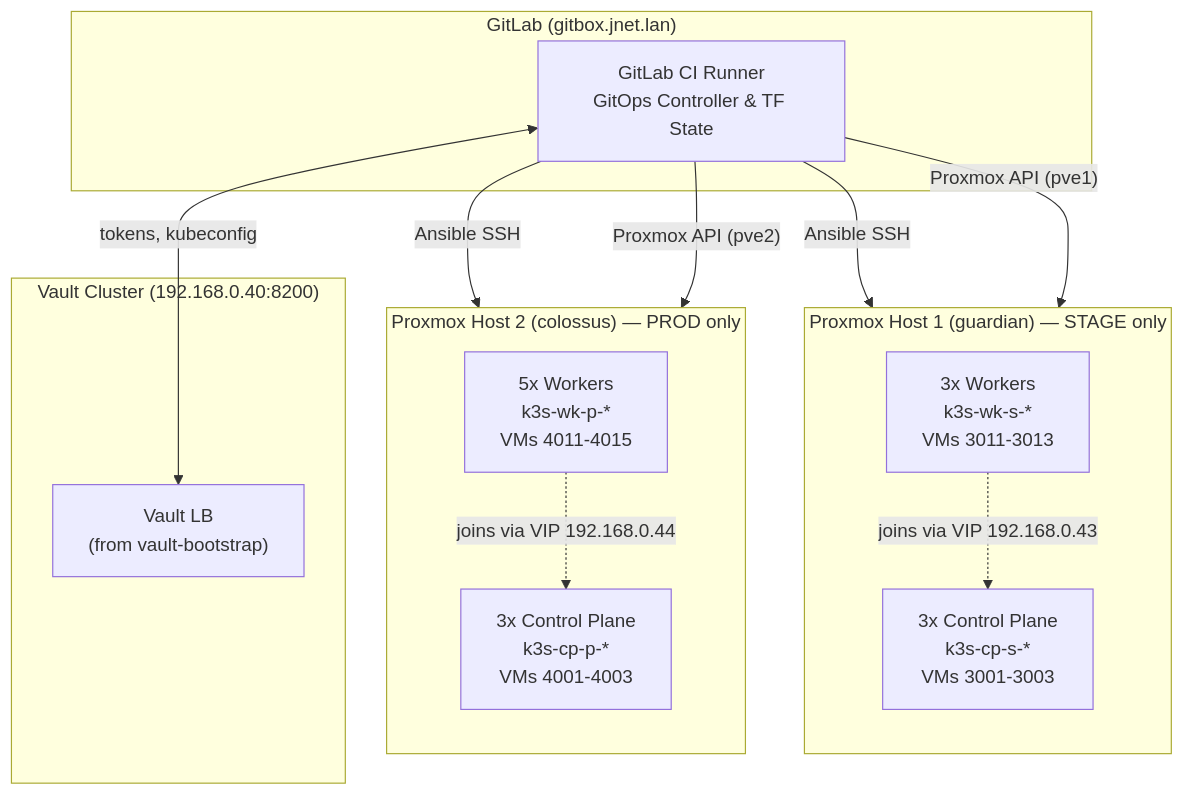
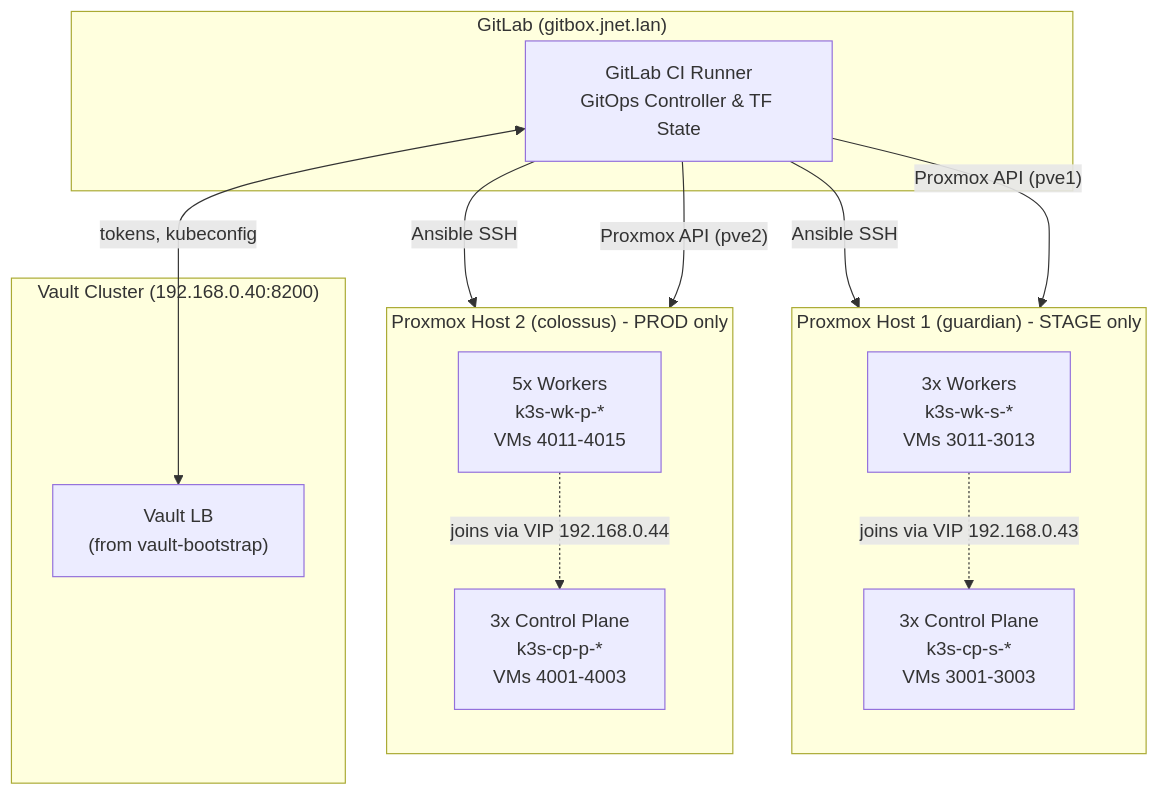
Before and after one commit to antonj-code/infra-k3s-bootstrap: the diagram in README.md, drawn with Mermaid. The commit also changed other lines of this file and 3 other files, not shown here.

````diff
--- a/README.md
+++ b/README.md
@@ -9,31 +9,31 @@
 ```mermaid
 flowchart TB
-    subgraph Host1["Proxmox Host 1 (guardian) — STAGE only"]
+    subgraph Host1["Proxmox Host 1 (guardian) - STAGE only"]
         direction TB
         CP1["3x Control Plane<br/>k3s-cp-s-*<br/>VMs 3001-3003"]
         WK1["3x Workers<br/>k3s-wk-s-*<br/>VMs 3011-3013"]
     end
 
-    subgraph Host2["Proxmox Host 2 (colossus) — PROD only"]
+    subgraph Host2["Proxmox Host 2 (colossus) - PROD only"]
         direction TB
         CP2["3x Control Plane<br/>k3s-cp-p-*<br/>VMs 4001-4003"]
         WK2["5x Workers<br/>k3s-wk-p-*<br/>VMs 4011-4015"]
     end
 
     subgraph Secrets["Vault Cluster (192.168.0.40:8200)"]
         VLB["Vault LB<br/>(from vault-bootstrap)"]
     end
 
     subgraph CI["GitLab (gitbox.jnet.lan)"]
         GL["GitLab CI Runner<br/>GitOps Controller & TF State"]
     end
 
     WK1 -.->|joins via VIP 192.168.0.43| CP1
     WK2 -.->|joins via VIP 192.168.0.44| CP2
 
     GL -->|"Proxmox API (pve1)"| Host1
     GL -->|"Proxmox API (pve2)"| Host2
     GL -->|Ansible SSH| CP1
     GL -->|Ansible SSH| CP2
     GL <-->|tokens, kubeconfig| VLB
 ```
````
